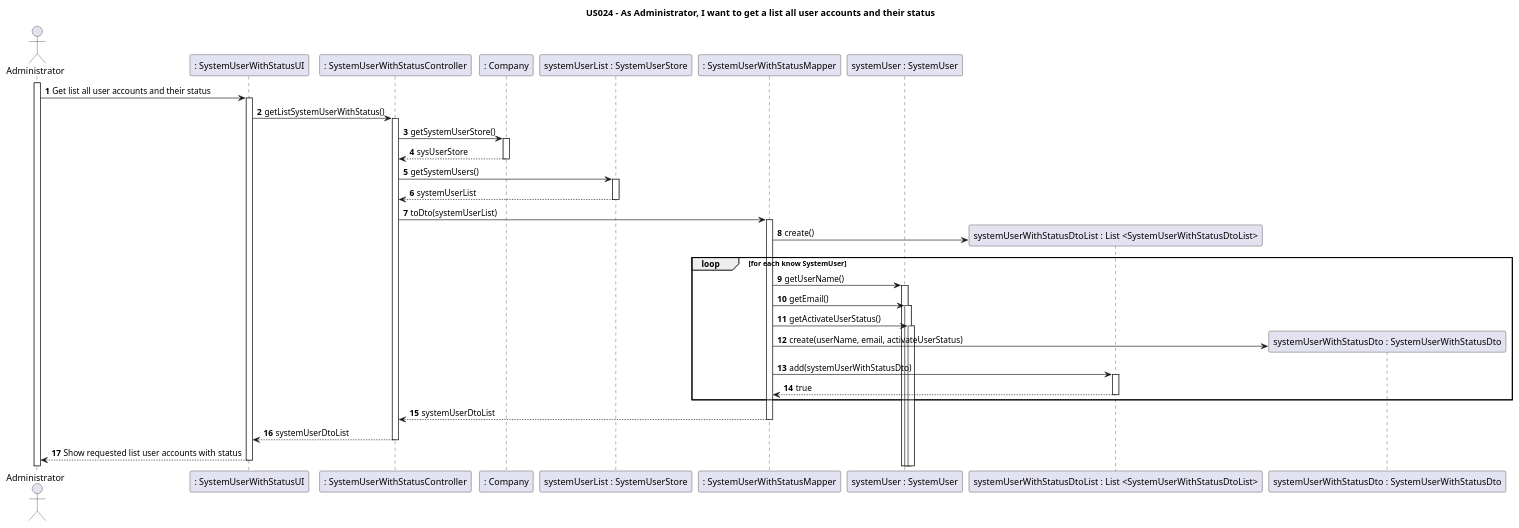
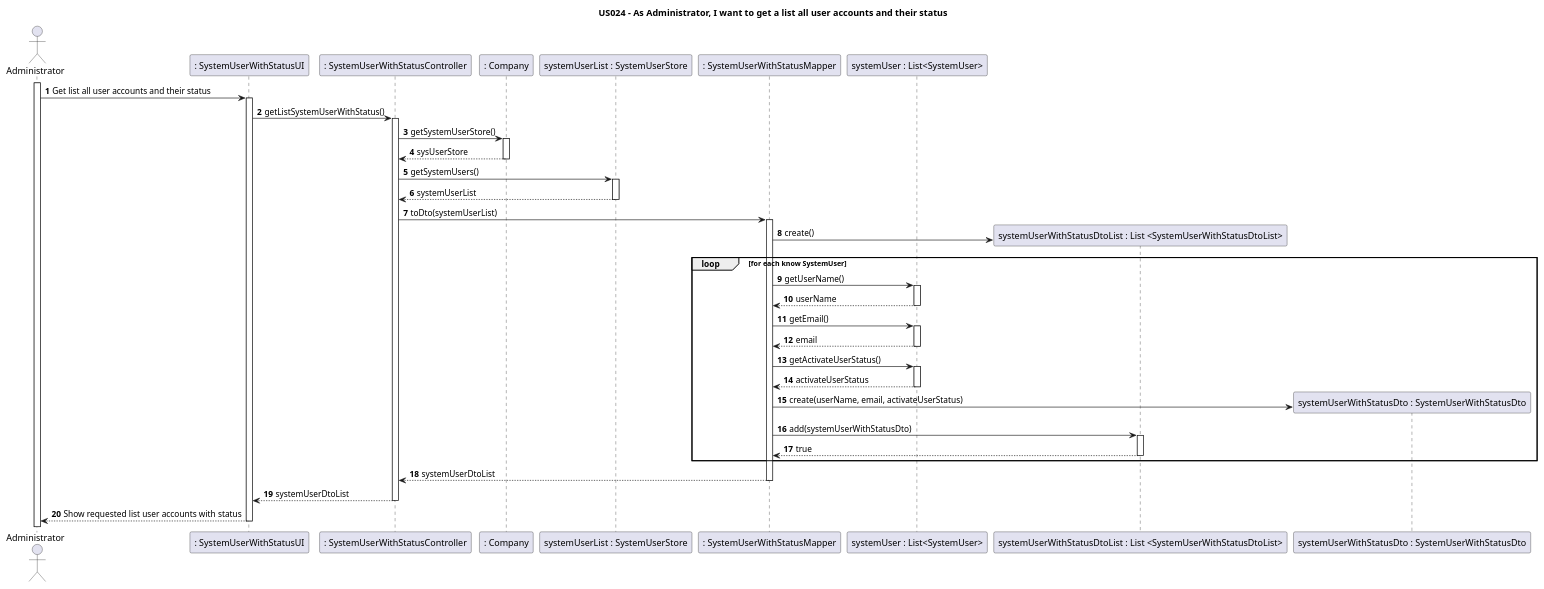
One commit to nunogon1211787/projectManagement changed the diagram in docs/Sprint3/US024/US024-SD.puml. Above: the diagram before and after it, drawn with PlantUML. The commit also changed 16 other files, not shown here.

```diff
--- a/docs/Sprint3/US024/US024-SD.puml
+++ b/docs/Sprint3/US024/US024-SD.puml
@@ -1,46 +1,49 @@
 @startuml
 'https://plantuml.com/sequence-diagram
 
 title US024 - As Administrator, I want to get a list all user accounts and their status
 
 autoactivate on
 autonumber
 
 actor "Administrator" as User
 participant ": SystemUserWithStatusUI" as System
 participant ": SystemUserWithStatusController" as Ctrl
 participant ": Company" as C1
 participant "systemUserList : SystemUserStore" as C2
 participant ": SystemUserWithStatusMapper" as C3
-participant "systemUser : SystemUser" as C4
+participant "systemUser : List<SystemUser>" as C4
 participant "systemUserWithStatusDtoList : List <SystemUserWithStatusDtoList>" as C5
 participant "systemUserWithStatusDto : SystemUserWithStatusDto" as C6
 
 
 
 
 activate User
 
 User -> System: Get list all user accounts and their status
 System -> Ctrl: getListSystemUserWithStatus()
 Ctrl-> C1 : getSystemUserStore()
 C1--> Ctrl : sysUserStore
 Ctrl->C2 : getSystemUsers()
 
 C2-->Ctrl : systemUserList
 Ctrl->C3 :toDto(systemUserList)
 
 C3->C5 **: create()
  loop for each know SystemUser
 C3->C4 : getUserName()
+C4-->C3 : userName
 C3->C4 : getEmail()
+C4-->C3 : email
 C3->C4 : getActivateUserStatus()
+C4-->C3 : activateUserStatus
 C3-> C6 ** : create(userName, email, activateUserStatus)
 C3->C5 : add(systemUserWithStatusDto)
 C5-->C3 : true
 end
 C3-->Ctrl: systemUserDtoList
 Ctrl-->System : systemUserDtoList
 System-->User : Show requested list user accounts with status
 
 @enduml
```
